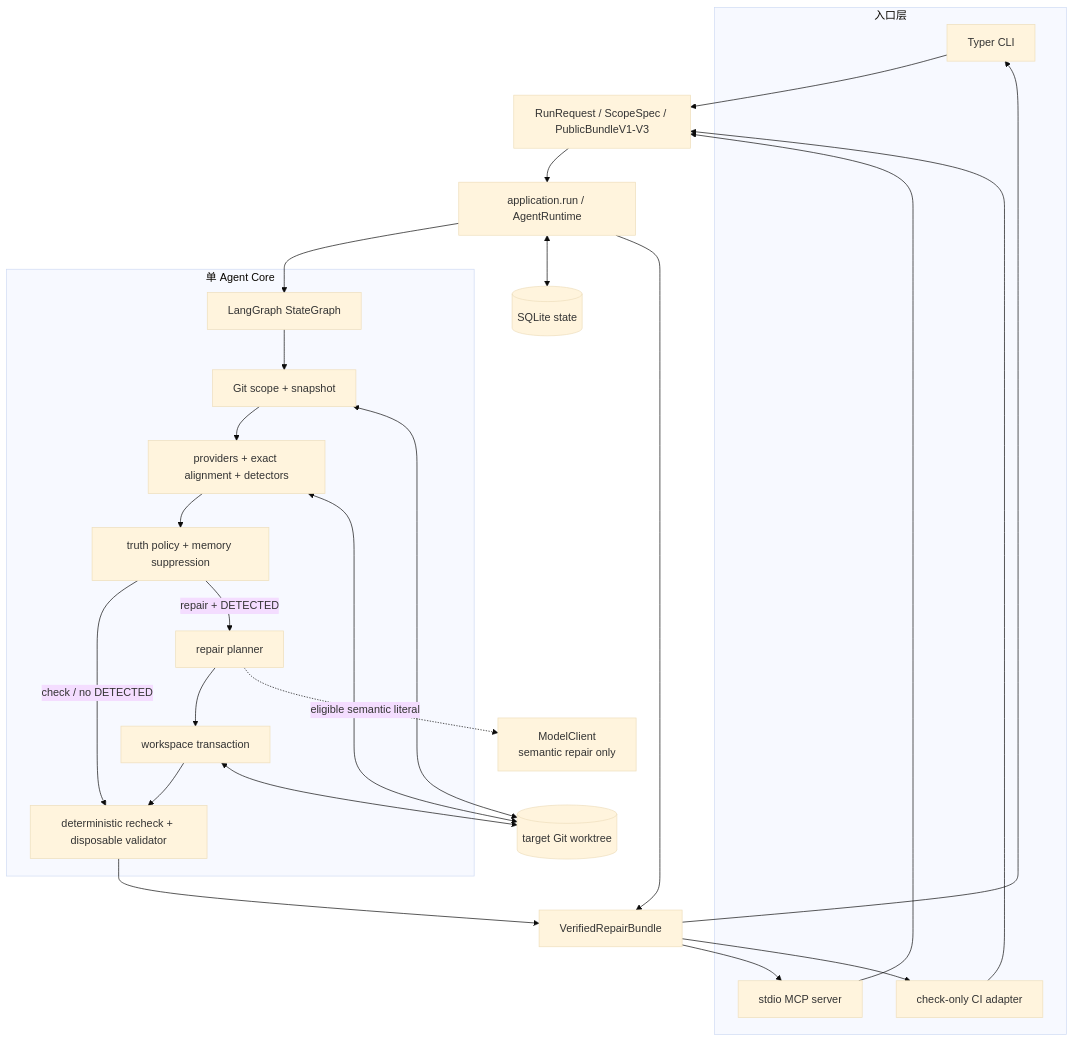
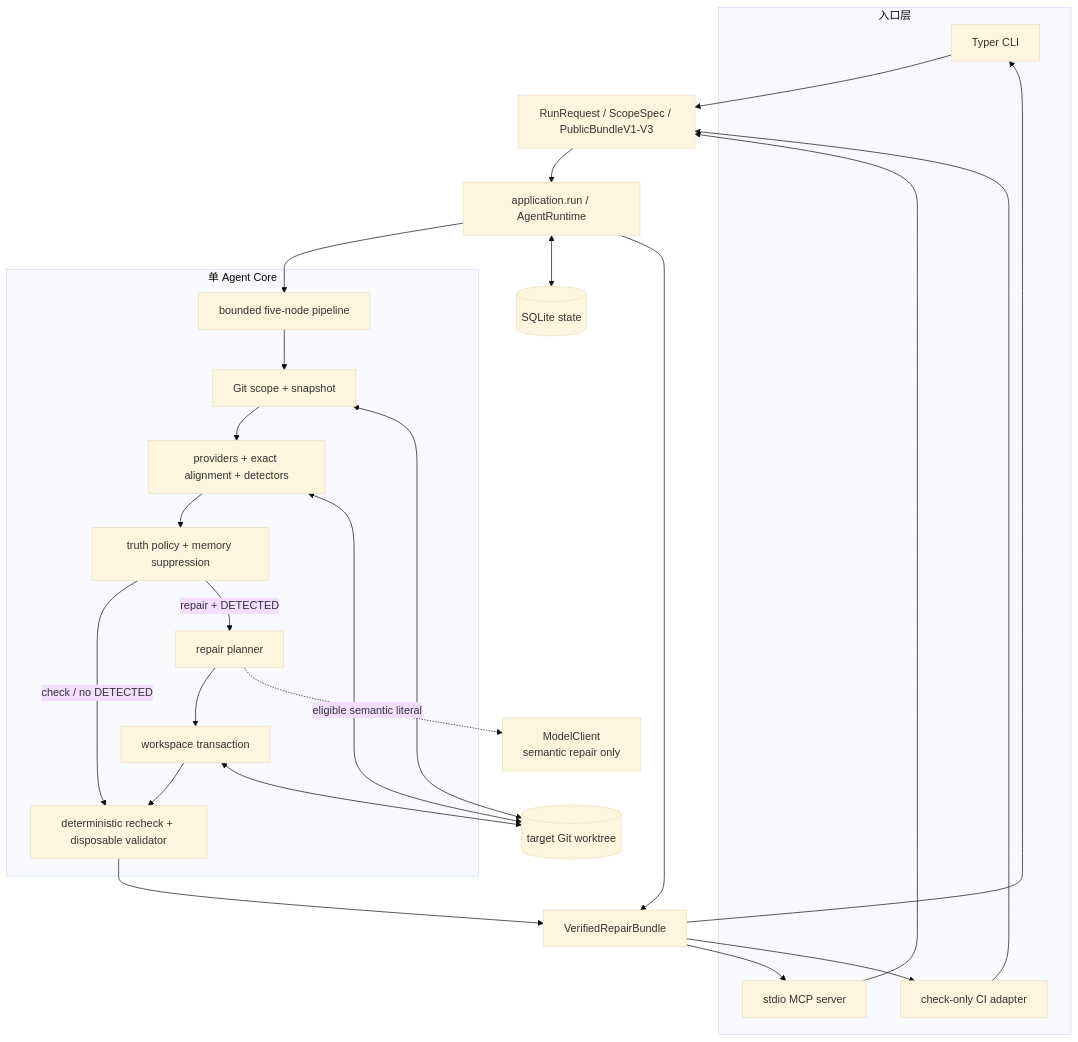
Before and after one commit to ocensis/doc-drift-agent: the first of 4 diagrams in docs/arch/system-architecture.md, drawn with Mermaid (base theme). The commit also changed other lines of this file and 10 other files, not shown here.

````diff
--- a/docs/arch/system-architecture.md
+++ b/docs/arch/system-architecture.md
@@ -18,46 +18,46 @@
 ```mermaid
 flowchart TB
     subgraph Entry["入口层"]
         CLI["Typer CLI"]
         MCP["stdio MCP server"]
         CI["check-only CI adapter"]
     end
 
     Contract["RunRequest / ScopeSpec / PublicBundleV1-V3"]
     App["application.run / AgentRuntime"]
 
     subgraph Core["单 Agent Core"]
-        Graph["LangGraph StateGraph"]
+        Pipeline["bounded five-node pipeline"]
         Scope["Git scope + snapshot"]
         Evidence["providers + exact alignment + detectors"]
         Policy["truth policy + memory suppression"]
         Plan["repair planner"]
         Apply["workspace transaction"]
         Validation["deterministic recheck + disposable validator"]
     end
 
     SQLite[("SQLite state")]
     Model["ModelClient\nsemantic repair only"]
     Repo[("target Git worktree")]
     Bundle["VerifiedRepairBundle"]
 
     CLI --> Contract
     MCP --> Contract
     CI --> Contract
     Contract --> App
-    App --> Graph
-    Graph --> Scope --> Evidence --> Policy
+    App --> Pipeline
+    Pipeline --> Scope --> Evidence --> Policy
     Policy -->|"check / no DETECTED"| Validation
     Policy -->|"repair + DETECTED"| Plan
     Plan --> Apply --> Validation
     Scope <--> Repo
     Evidence <--> Repo
     Apply <--> Repo
     App <--> SQLite
     Plan -. "eligible semantic literal" .-> Model
     Validation --> Bundle
     App --> Bundle
     Bundle --> CLI
     Bundle --> MCP
     Bundle --> CI
 ```
````
